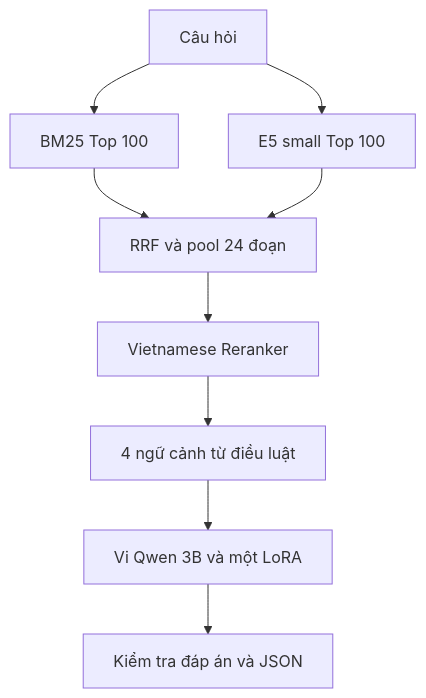
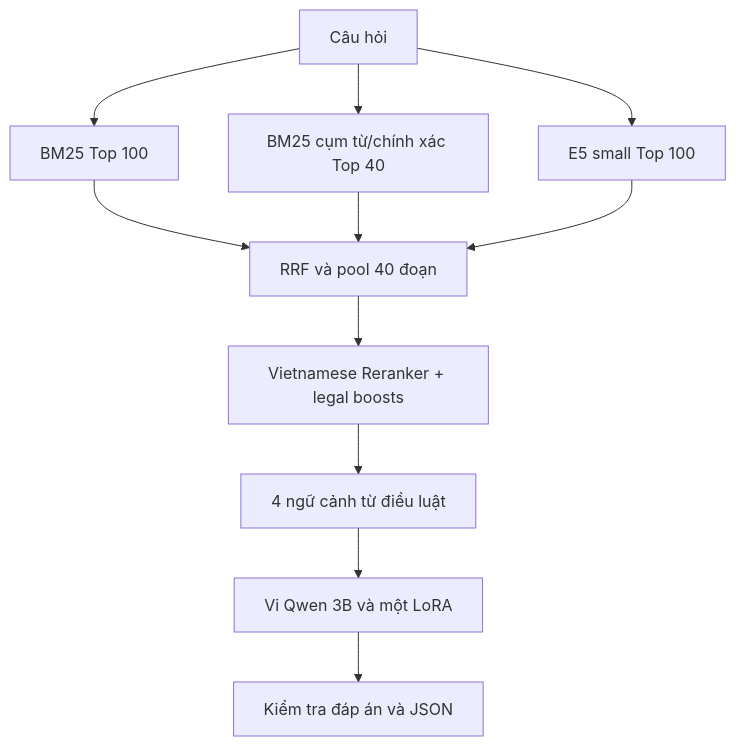
The diagram in PIPELINE.md (lighth-gh/uit-dsc-2026-task2-legalqa), drawn with Mermaid before and after one commit. The commit also changed other lines of this file and 10 other files, not shown here.

````diff
--- a/PIPELINE.md
+++ b/PIPELINE.md
@@ -37,11 +37,13 @@
 ```mermaid
 flowchart TD
     Q["Câu hỏi"] --> B["BM25 Top 100"]
+    Q --> P["BM25 cụm từ/chính xác Top 40"]
     Q --> D["E5 small Top 100"]
-    B --> F["RRF và pool 24 đoạn"]
+    B --> F["RRF và pool 40 đoạn"]
+    P --> F
     D --> F
-    F --> R["Vietnamese Reranker"]
+    F --> R["Vietnamese Reranker + legal boosts"]
     R --> C["4 ngữ cảnh từ điều luật"]
     C --> G["Vi Qwen 3B và một LoRA"]
     G --> A["Kiểm tra đáp án và JSON"]
 ```
````
